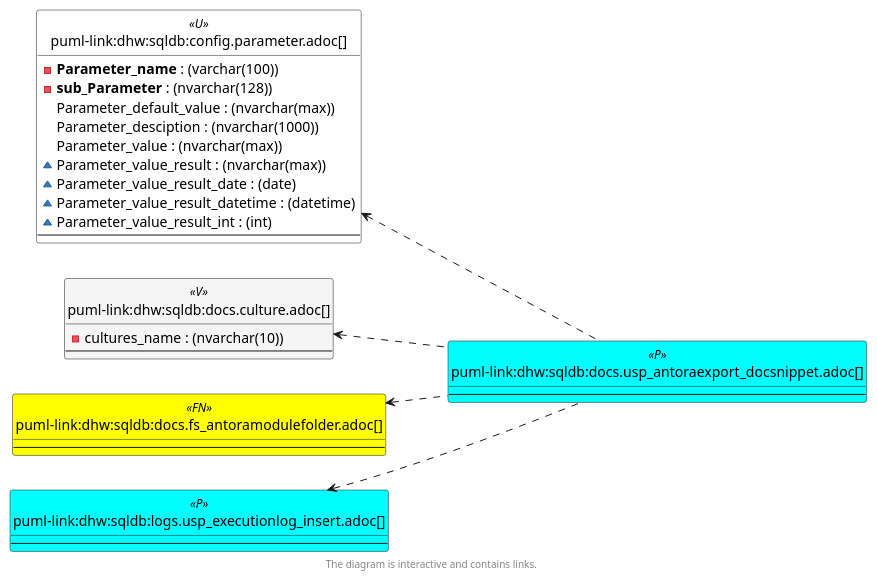
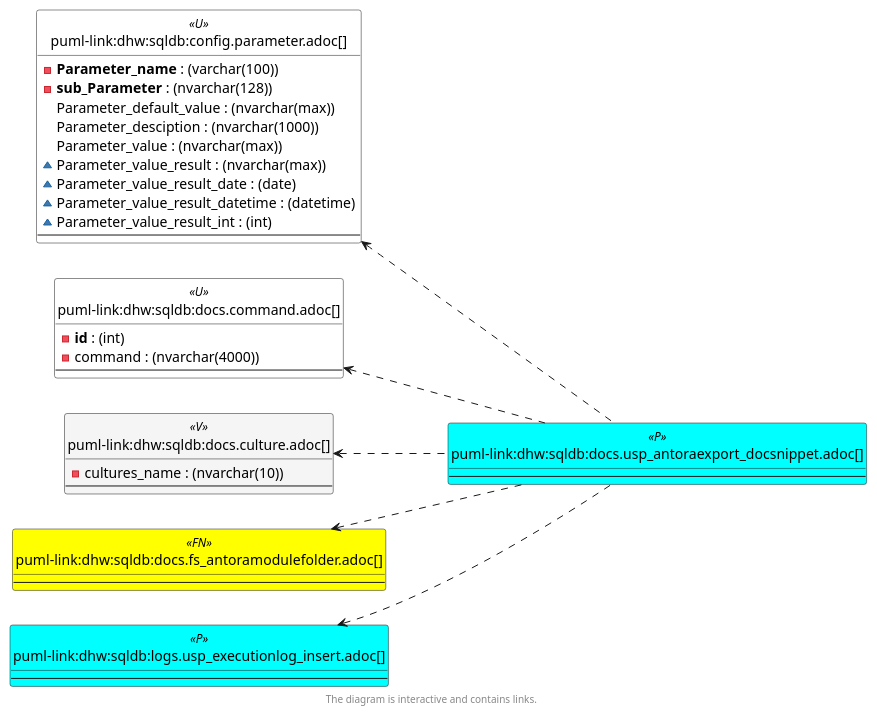
One commit to DataHandwerk/dhw-antora-sqldb changed the sixth of 6 diagrams in docs/modules/sqldb/partials/content/docs.usp_antoraexport_docsnippet.adoc. Above: the diagram before and after it, drawn with PlantUML. The commit also changed other lines of this file and 701 other files, not shown here.

```diff
--- a/docs/modules/sqldb/partials/content/docs.usp_antoraexport_docsnippet.adoc
+++ b/docs/modules/sqldb/partials/content/docs.usp_antoraexport_docsnippet.adoc
@@ -874,70 +892,77 @@
 [plantuml, entity_1_1_colref-{docname}, svg, subs=macros]
 ....
 @startuml
 left to right direction
 'top to bottom direction
 hide circle
 'avoide "." issues:
 set namespaceSeparator none
 
 
 skinparam class {
   BackgroundColor White
   BackgroundColor<<FN>> Yellow
   BackgroundColor<<FS>> Yellow
   BackgroundColor<<FT>> LightGray
   BackgroundColor<<IF>> Yellow
   BackgroundColor<<IS>> Yellow
   BackgroundColor<<P>>  Aqua
   BackgroundColor<<PC>> Aqua
   BackgroundColor<<SN>> Yellow
   BackgroundColor<<SO>> SlateBlue
   BackgroundColor<<TF>> LightGray
   BackgroundColor<<TR>> Tomato
   BackgroundColor<<U>>  White
   BackgroundColor<<V>>  WhiteSmoke
   BackgroundColor<<X>>  Aqua
   BackgroundColor<<external>> AliceBlue
 }
 
 
 entity "puml-link:dhw:sqldb:config.parameter.adoc[]" as config.Parameter << U >> {
   - **Parameter_name** : (varchar(100))
   - **sub_Parameter** : (nvarchar(128))
   Parameter_default_value : (nvarchar(max))
   Parameter_desciption : (nvarchar(1000))
   Parameter_value : (nvarchar(max))
   ~ Parameter_value_result : (nvarchar(max))
   ~ Parameter_value_result_date : (date)
   ~ Parameter_value_result_datetime : (datetime)
   ~ Parameter_value_result_int : (int)
   --
 }
 
+entity "puml-link:dhw:sqldb:docs.command.adoc[]" as docs.command << U >> {
+  - **id** : (int)
+  - command : (nvarchar(4000))
+  --
+}
+
 entity "puml-link:dhw:sqldb:docs.culture.adoc[]" as docs.Culture << V >> {
   - cultures_name : (nvarchar(10))
   --
 }
 
 entity "puml-link:dhw:sqldb:docs.fs_antoramodulefolder.adoc[]" as docs.fs_AntoraModuleFolder << FN >> {
   --
 }
 
 entity "puml-link:dhw:sqldb:docs.usp_antoraexport_docsnippet.adoc[]" as docs.usp_AntoraExport_DocSnippet << P >> {
   --
 }
 
 entity "puml-link:dhw:sqldb:logs.usp_executionlog_insert.adoc[]" as logs.usp_ExecutionLog_insert << P >> {
   --
 }
 
 config.Parameter <.. docs.usp_AntoraExport_DocSnippet
+docs.command <.. docs.usp_AntoraExport_DocSnippet
 docs.Culture <.. docs.usp_AntoraExport_DocSnippet
 docs.fs_AntoraModuleFolder <.. docs.usp_AntoraExport_DocSnippet
 logs.usp_ExecutionLog_insert <.. docs.usp_AntoraExport_DocSnippet
 
 
 footer The diagram is interactive and contains links.
 
 @enduml
 ....
```
